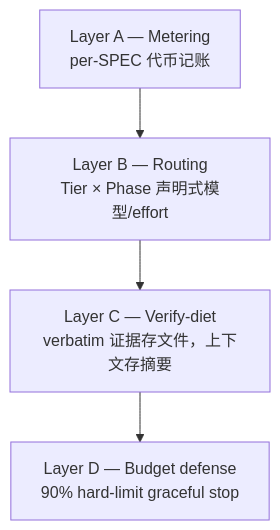
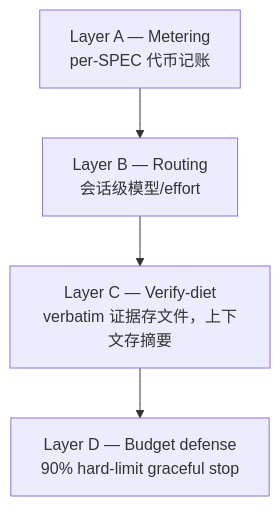
One commit to modu-ai/moai-adk changed the diagram in docs-site/content/zh/advanced/tokenomics-overview.md. Above: the diagram before and after it, drawn with Mermaid. The commit also changed other lines of this file and 21 other files, not shown here.

````diff
--- a/docs-site/content/zh/advanced/tokenomics-overview.md
+++ b/docs-site/content/zh/advanced/tokenomics-overview.md
@@ -33,11 +33,11 @@
 ```mermaid
 flowchart TD
     A["Layer A — Metering<br/>per-SPEC 代币记账"]
-    B["Layer B — Routing<br/>Tier × Phase 声明式模型/effort"]
+    B["Layer B — Routing<br/>会话级模型/effort"]
     C["Layer C — Verify-diet<br/>verbatim 证据存文件，上下文存摘要"]
     D["Layer D — Budget defense<br/>90% hard-limit graceful stop"]
 
     A --> B
     B --> C
     C --> D
 ```
````
